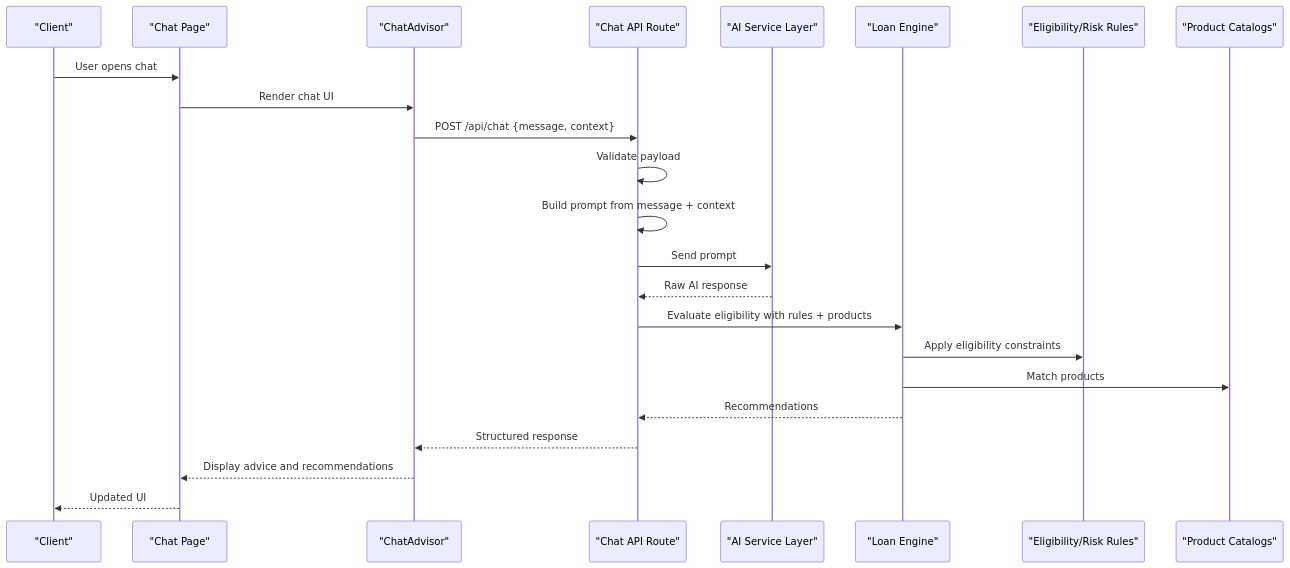
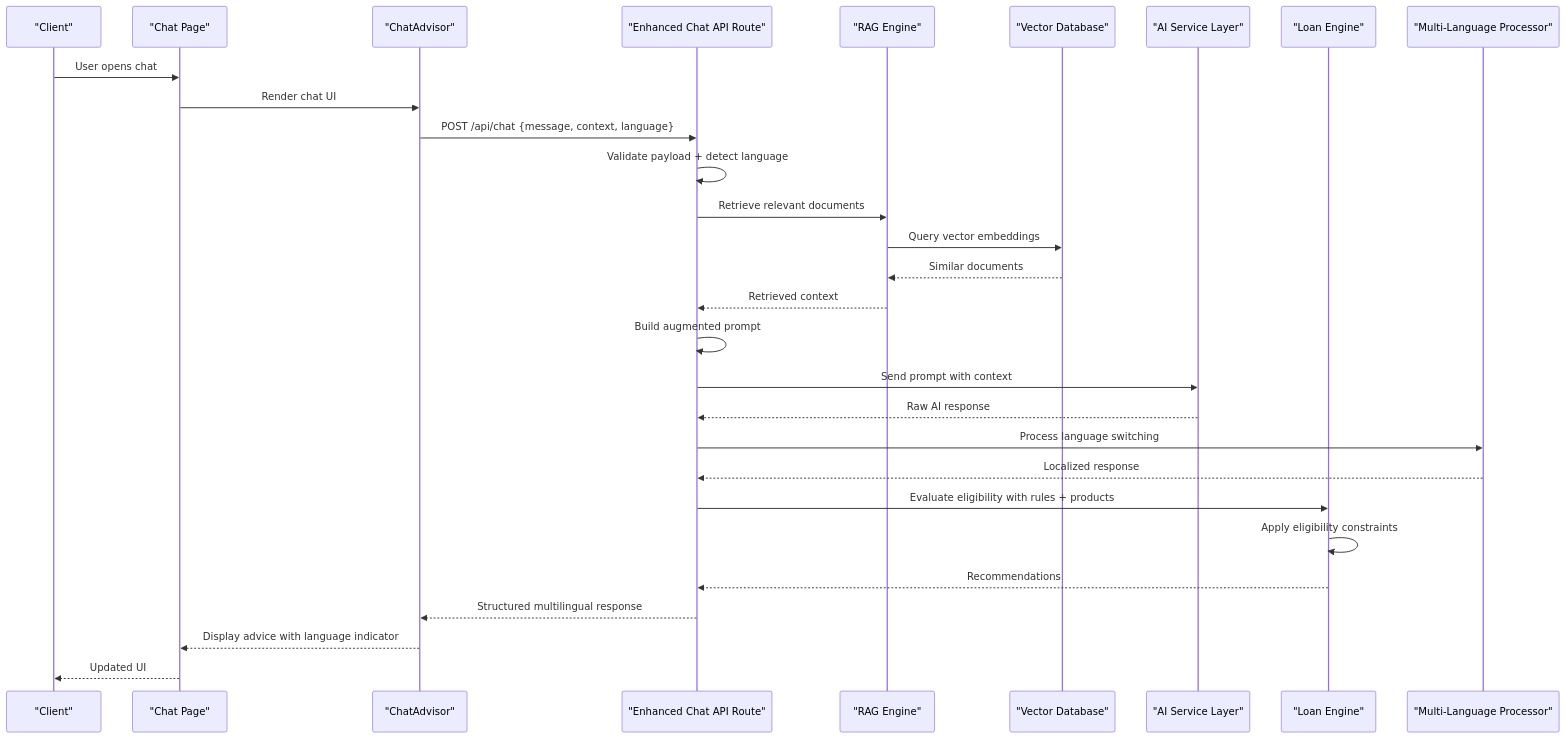
Before and after one commit to alibaba-hackathon-fsi/frontend-vaya: the second of 4 diagrams in .qoder/repowiki/en/content/Chat Interface/Chat API Integration.md, drawn with Mermaid. The commit also changed other lines of this file and 36 other files, not shown here.

````diff
--- a/.qoder/repowiki/en/content/Chat Interface/Chat API Integration.md
+++ b/.qoder/repowiki/en/content/Chat Interface/Chat API Integration.md
@@ -95,25 +108,31 @@
 ```mermaid
 sequenceDiagram
 participant Client as "Client"
 participant Page as "Chat Page"
 participant Component as "ChatAdvisor"
-participant API as "Chat API Route"
+participant API as "Enhanced Chat API Route"
+participant RAG as "RAG Engine"
+participant VectorDB as "Vector Database"
 participant AI as "AI Service Layer"
 participant Engine as "Loan Engine"
-participant Rules as "Eligibility/Risk Rules"
-participant Products as "Product Catalogs"
+participant I18N as "Multi-Language Processor"
 Client->>Page : User opens chat
 Page->>Component : Render chat UI
-Component->>API : POST /api/chat {message, context}
-API->>API : Validate payload
-API->>API : Build prompt from message + context
-API->>AI : Send prompt
+Component->>API : POST /api/chat {message, context, language}
+API->>API : Validate payload + detect language
+API->>RAG : Retrieve relevant documents
+RAG->>VectorDB : Query vector embeddings
+VectorDB-->>RAG : Similar documents
+RAG-->>API : Retrieved context
+API->>API : Build augmented prompt
+API->>AI : Send prompt with context
 AI-->>API : Raw AI response
+API->>I18N : Process language switching
+I18N-->>API : Localized response
 API->>Engine : Evaluate eligibility with rules + products
-Engine->>Rules : Apply eligibility constraints
-Engine->>Products : Match products
+Engine->>Engine : Apply eligibility constraints
 Engine-->>API : Recommendations
-API-->>Component : Structured response
-Component-->>Page : Display advice and recommendations
+API-->>Component : Structured multilingual response
+Component-->>Page : Display advice with language indicator
 Page-->>Client : Updated UI
 ```
````
